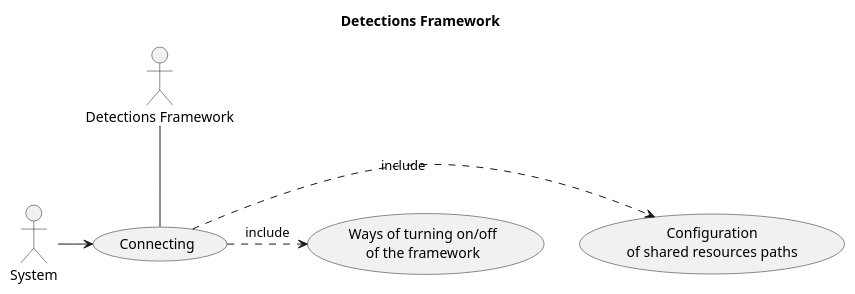
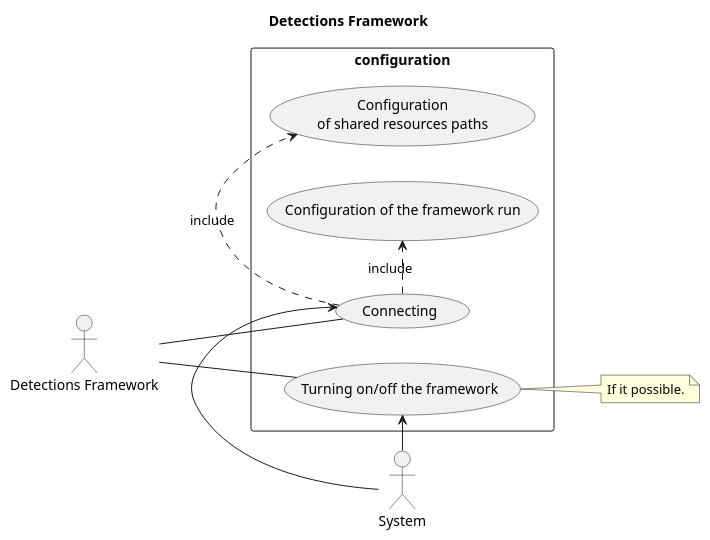
One commit to saratoga8/motion_notifier changed the diagram in docs/use_cases/use_cases.puml. Above: the diagram before and after it, drawn with PlantUML. The commit also changed 1 other file, not shown here.

Commit message:
docs: - added use cases diagram

```diff
--- a/docs/use_cases/use_cases.puml
+++ b/docs/use_cases/use_cases.puml
@@ -1,17 +1,28 @@
 @startuml
 
 'https://plantuml.com/use-case-diagram
 
 title Detections Framework
 
+left to right direction
+
 :System: as System
 :Detections Framework: as Framework
-(Ways of turning on/off\nof the framework) as (Ways)
-(Configuration\nof shared resources paths) as (Conf)
 
-System -> (Connecting)
-Framework -- (Connecting)
-(Connecting) .> (Conf) : include
-(Connecting) .> (Ways) : include
+rectangle configuration {
+    (Configuration\nof shared resources paths) as (Conf)
+    (Turning on/off the framework) as (On/Off)
+    (Configuration of the framework run) as (Run)
+
+    System -> (Connecting)
+    Framework -- (Connecting)
+    (Connecting) .> (Conf) : include
+    (Connecting) .> (Run) : include
+}
+
+System -> (On/Off)
+Framework -- (On/Off)
+
+note right of (On/Off) : If it possible.
 
 @enduml
```
